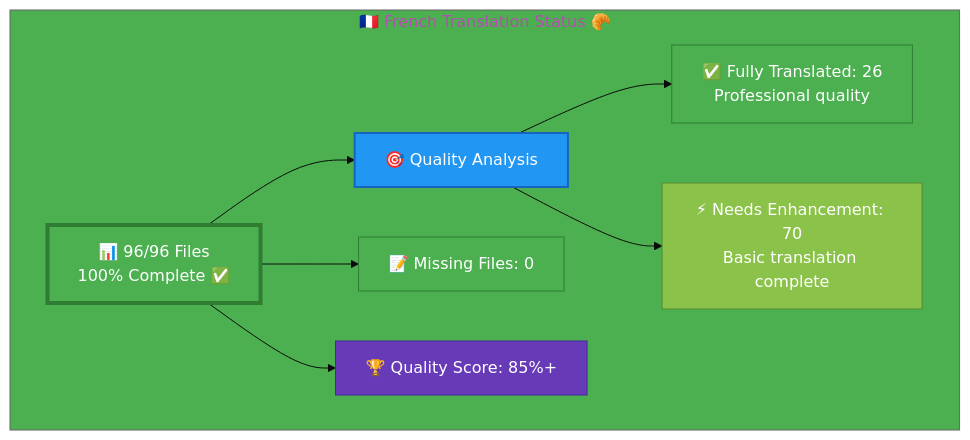
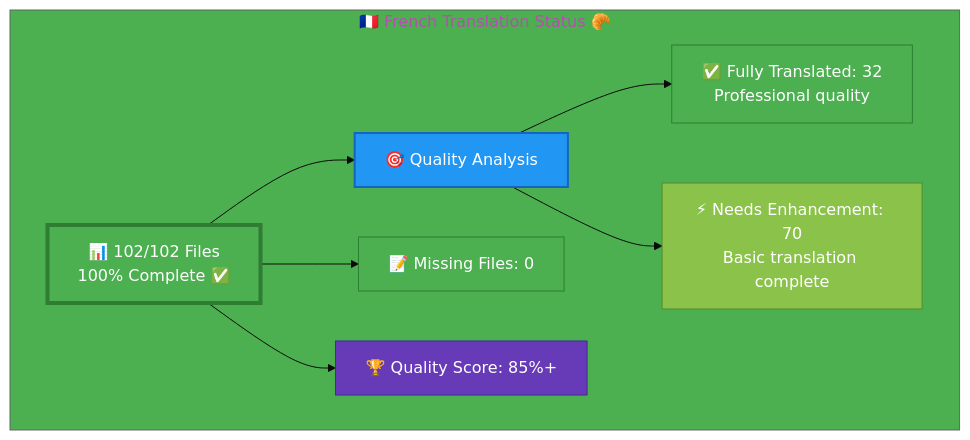
The diagram in French-Translation-Status.md (Hack23/homepage), drawn with Mermaid before and after one commit. The commit also changed other lines of this file, not shown here.

````diff
--- a/French-Translation-Status.md
+++ b/French-Translation-Status.md
@@ -12,22 +12,22 @@
 ```mermaid
 %%{init: {'theme':'base', 'themeVariables': {'primaryColor':'#4CAF50','secondaryColor':'#2196F3','tertiaryColor':'#4CAF50','fontSize':'16px'}}}%%
 graph TB
     subgraph "🇫🇷 French Translation Status 🥐"
-        A["📊 96/96 Files<br/>100% Complete ✅"]
+        A["📊 102/102 Files<br/>100% Complete ✅"]
         
         A --> B["🎯 Quality Analysis"]
-        B --> C["✅ Fully Translated: 26<br/>Professional quality"]
+        B --> C["✅ Fully Translated: 32<br/>Professional quality"]
         B --> D["⚡ Needs Enhancement: 70<br/>Basic translation complete"]
         
         A --> G["📝 Missing Files: 0"]
         
         A --> H["🏆 Quality Score: 85%+"]
         
         style A fill:#4CAF50,stroke:#2E7D32,color:#fff,stroke-width:4px
         style B fill:#2196F3,stroke:#1565C0,color:#fff,stroke-width:2px
         style C fill:#4CAF50,stroke:#2E7D32,color:#fff
         style D fill:#8BC34A,stroke:#558B2F,color:#fff
         style G fill:#4CAF50,stroke:#2E7D32,color:#fff
         style H fill:#673AB7,stroke:#4527A0,color:#fff
     end
 ```
````
